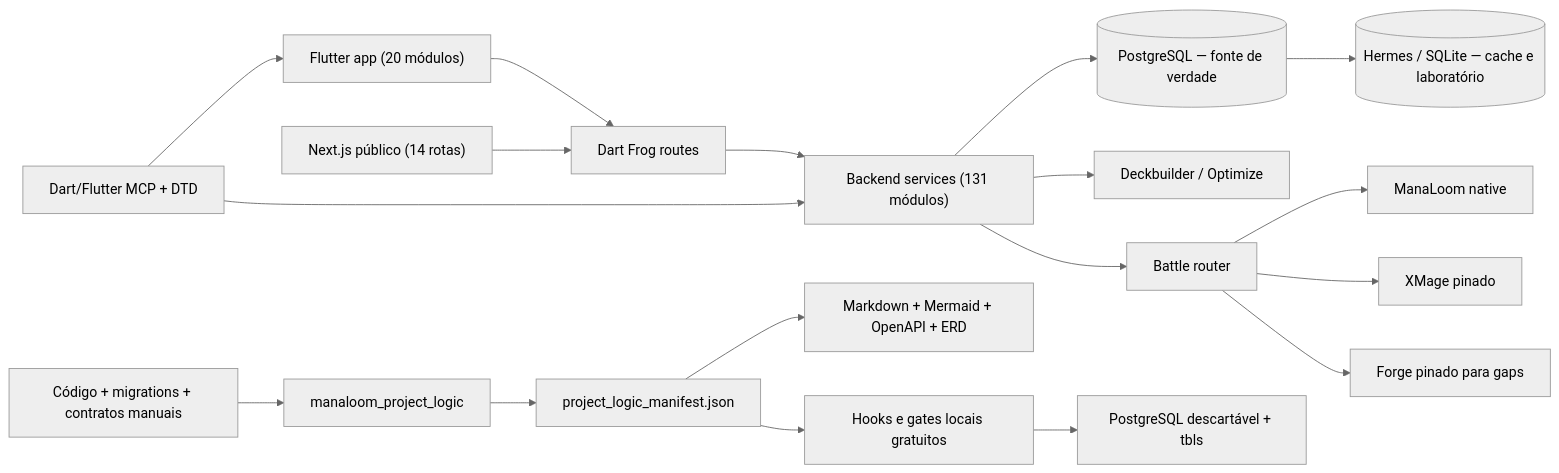
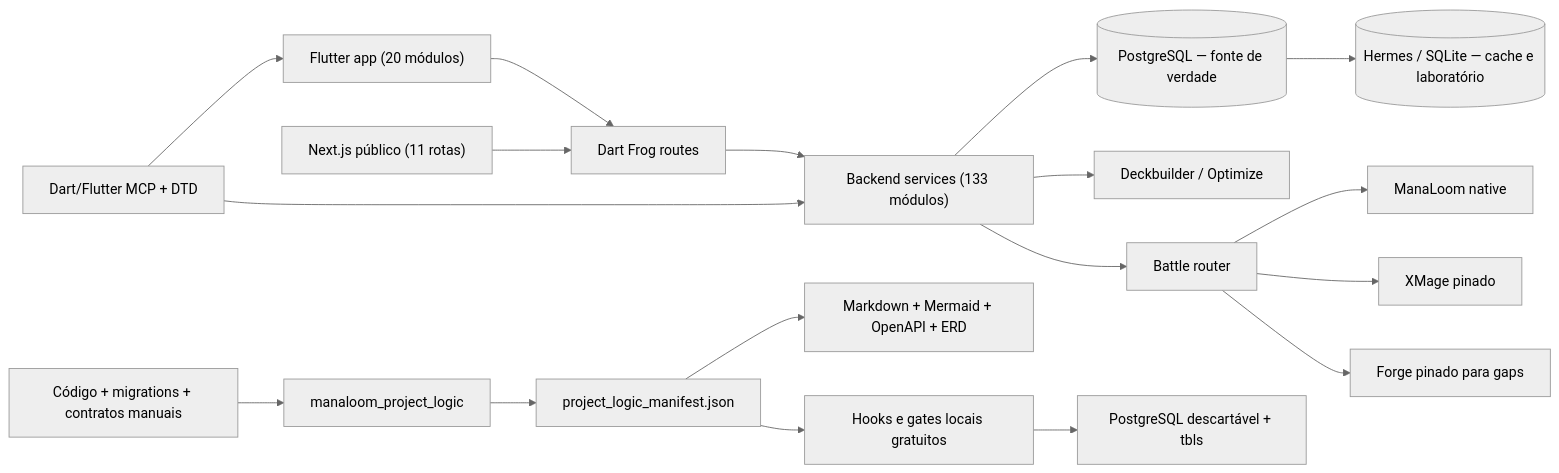
One commit to softwarePredador/mtgia changed the diagram in docs/generated/ARCHITECTURE.md. Above: the diagram before and after it, drawn with Mermaid (neutral theme). The commit also changed 431 other files, not shown here.

````diff
--- a/docs/generated/ARCHITECTURE.md
+++ b/docs/generated/ARCHITECTURE.md
@@ -5,20 +5,20 @@
 ```mermaid
 flowchart LR
     UI["Flutter app (20 módulos)"] --> API["Dart Frog routes"]
-    WEB["Next.js público (14 rotas)"] --> API
-    API --> DOMAIN["Backend services (131 módulos)"]
+    WEB["Next.js público (11 rotas)"] --> API
+    API --> DOMAIN["Backend services (133 módulos)"]
     DOMAIN --> PG[("PostgreSQL — fonte de verdade")]
     DOMAIN --> AI["Deckbuilder / Optimize"]
     DOMAIN --> BATTLE["Battle router"]
     BATTLE --> NATIVE["ManaLoom native"]
     BATTLE --> XMAGE["XMage pinado"]
     BATTLE --> FORGE["Forge pinado para gaps"]
     PG --> HERMES[("Hermes / SQLite — cache e laboratório")]
     SRC["Código + migrations + contratos manuais"] --> GEN["manaloom_project_logic"]
     GEN --> MANIFEST["project_logic_manifest.json"]
     MANIFEST --> DOCS["Markdown + Mermaid + OpenAPI + ERD"]
     MANIFEST --> LOCAL["Hooks e gates locais gratuitos"]
     LOCAL --> TBLS["PostgreSQL descartável + tbls"]
     MCP["Dart/Flutter MCP + DTD"] --> UI
     MCP --> DOMAIN
 ```
````
